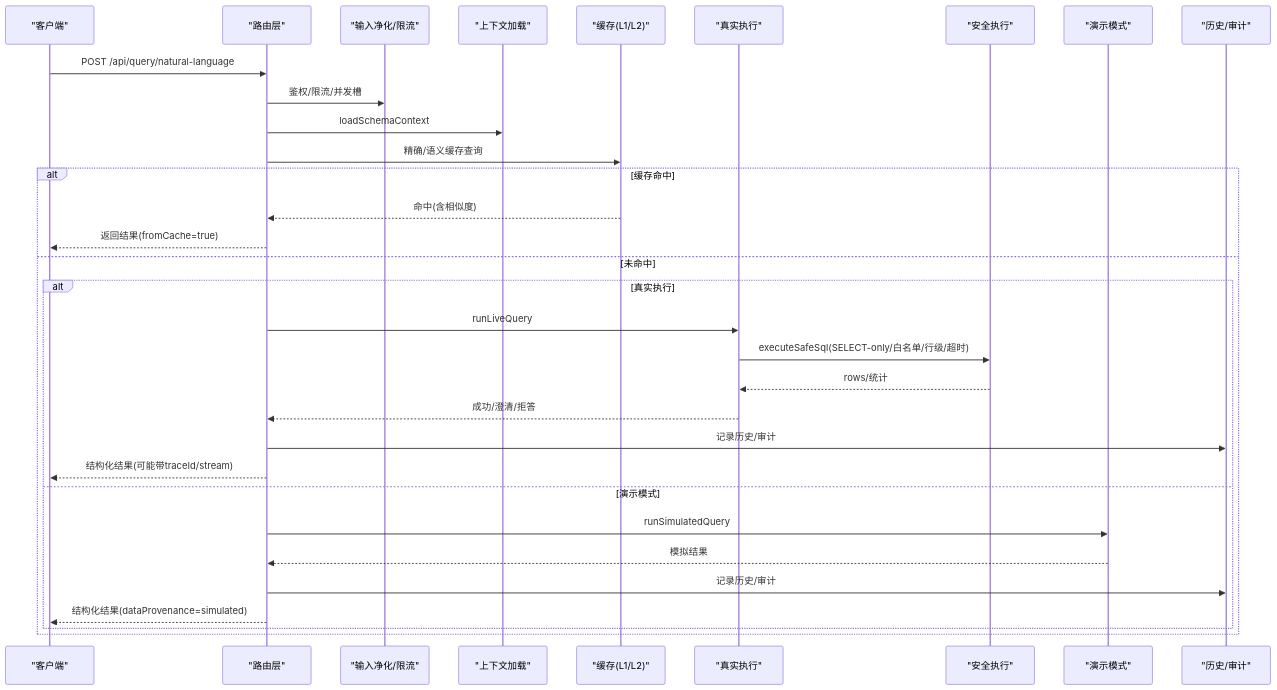
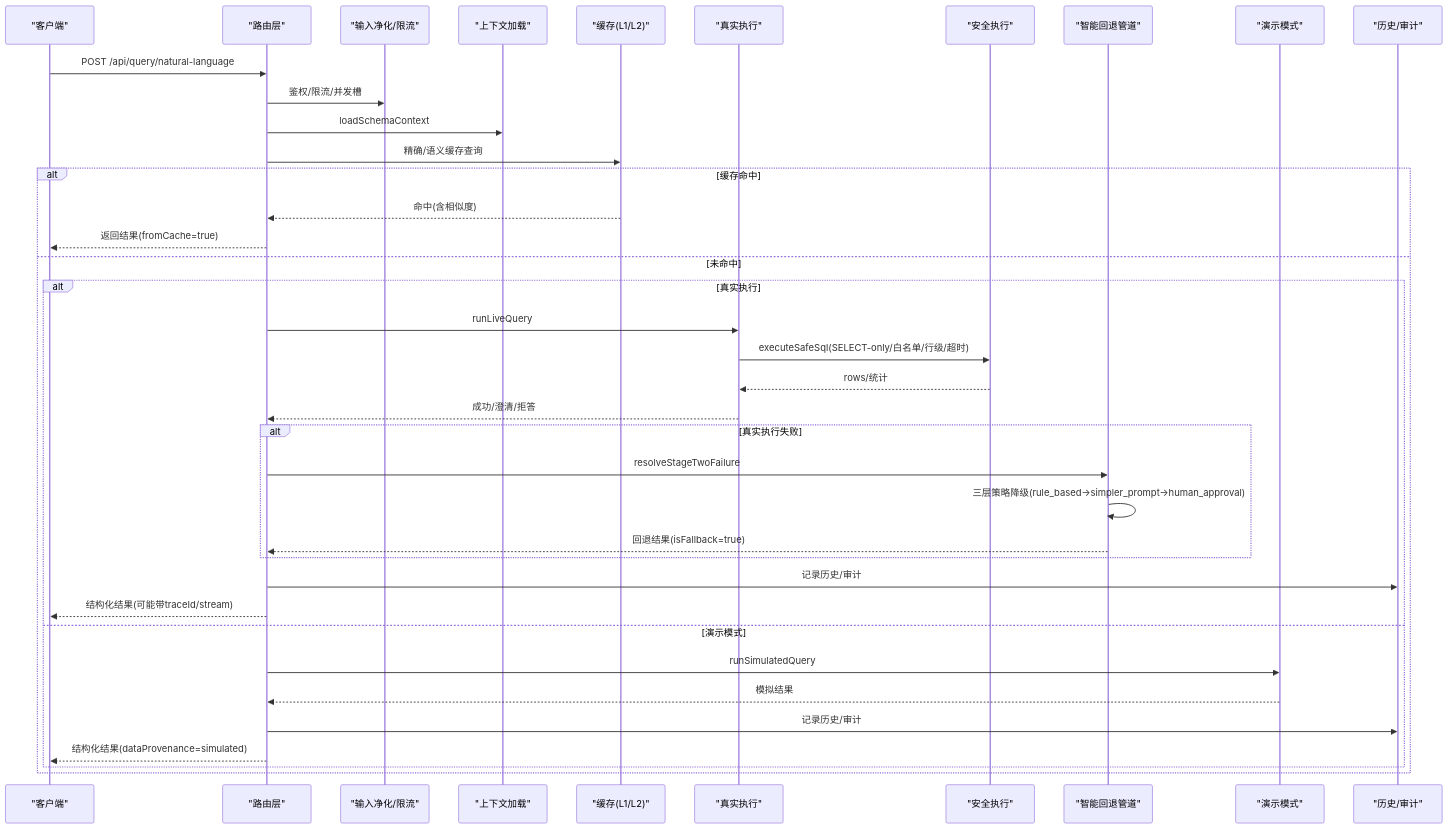
The second of 6 diagrams in .qoder/repowiki/zh/content/API参考/查询API/自然语言查询接口.md (dgjin/smart-data-analytics), drawn with Mermaid before and after one commit. The commit also changed other lines of this file and 10 other files, not shown here.

First line of the commit message:
feat(query): Strategy C Human Approval 人工审核队列（v0.9.45）

````diff
--- a/.qoder/repowiki/zh/content/API参考/查询API/自然语言查询接口.md
+++ b/.qoder/repowiki/zh/content/API参考/查询API/自然语言查询接口.md
@@ -101,34 +122,40 @@
 ```mermaid
 sequenceDiagram
 participant C as "客户端"
 participant R as "路由层"
 participant G as "输入净化/限流"
 participant S as "上下文加载"
 participant K as "缓存(L1/L2)"
 participant L as "真实执行"
 participant E as "安全执行"
+participant F as "智能回退管道"
 participant M as "演示模式"
 participant H as "历史/审计"
 C->>R : POST /api/query/natural-language
 R->>G : 鉴权/限流/并发槽
 R->>S : loadSchemaContext
 R->>K : 精确/语义缓存查询
 alt 缓存命中
 K-->>R : 命中(含相似度)
 R-->>C : 返回结果(fromCache=true)
 else 未命中
 alt 真实执行
 R->>L : runLiveQuery
 L->>E : executeSafeSql(SELECT-only/白名单/行级/超时)
 E-->>L : rows/统计
 L-->>R : 成功/澄清/拒答
+alt 真实执行失败
+R->>F : resolveStageTwoFailure
+F->>F : 三层策略降级(rule_based→simpler_prompt→human_approval)
+F-->>R : 回退结果(isFallback=true)
+end
 R->>H : 记录历史/审计
 R-->>C : 结构化结果(可能带traceId/stream)
 else 演示模式
 R->>M : runSimulatedQuery
 M-->>R : 模拟结果
 R->>H : 记录历史/审计
 R-->>C : 结构化结果(dataProvenance=simulated)
 end
 end
 ```
````
